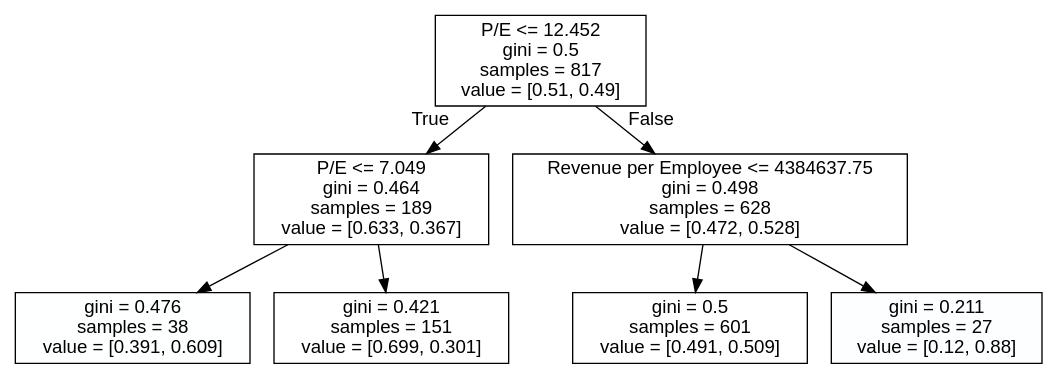
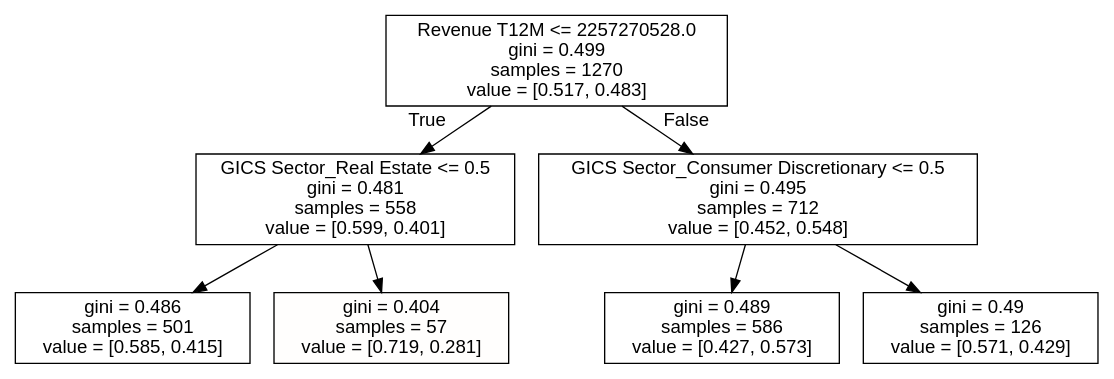
The diagram in trees/current_test_tree.dot (luca1308/Investigating_periods_of_increasing_interest_rates_for_the_S-P_1500), drawn with Graphviz before and after one commit. The commit also changed 163 other files, not shown here.

```diff
--- a/trees/current_test_tree.dot
+++ b/trees/current_test_tree.dot
@@ -1,17 +1,17 @@
 digraph Tree {
 node [shape=box, style="filled", color="black", fontname="helvetica"] ;
 edge [fontname="helvetica"] ;
-0 [label="P/E <= 12.452\ngini = 0.5\nsamples = 817\nvalue = [0.51, 0.49]", fillcolor="#ffffff"] ;
-1 [label="P/E <= 7.049\ngini = 0.464\nsamples = 189\nvalue = [0.633, 0.367]", fillcolor="#ffffff"] ;
+0 [label="Revenue T12M <= 2257270528.0\ngini = 0.499\nsamples = 1270\nvalue = [0.517, 0.483]", fillcolor="#ffffff"] ;
+1 [label="GICS Sector_Real Estate <= 0.5\ngini = 0.481\nsamples = 558\nvalue = [0.599, 0.401]", fillcolor="#ffffff"] ;
 0 -> 1 [labeldistance=2.5, labelangle=45, headlabel="True"] ;
-5 [label="gini = 0.476\nsamples = 38\nvalue = [0.391, 0.609]", fillcolor="#feffff"] ;
+5 [label="gini = 0.486\nsamples = 501\nvalue = [0.585, 0.415]", fillcolor="#ffffff"] ;
 1 -> 5 ;
-6 [label="gini = 0.421\nsamples = 151\nvalue = [0.699, 0.301]", fillcolor="#ffffff"] ;
+6 [label="gini = 0.404\nsamples = 57\nvalue = [0.719, 0.281]", fillcolor="#fffefd"] ;
 1 -> 6 ;
-2 [label="Revenue per Employee <= 4384637.75\ngini = 0.498\nsamples = 628\nvalue = [0.472, 0.528]", fillcolor="#ffffff"] ;
+2 [label="GICS Sector_Consumer Discretionary <= 0.5\ngini = 0.495\nsamples = 712\nvalue = [0.452, 0.548]", fillcolor="#ffffff"] ;
 0 -> 2 [labeldistance=2.5, labelangle=-45, headlabel="False"] ;
-3 [label="gini = 0.5\nsamples = 601\nvalue = [0.491, 0.509]", fillcolor="#ffffff"] ;
+3 [label="gini = 0.489\nsamples = 586\nvalue = [0.427, 0.573]", fillcolor="#ffffff"] ;
 2 -> 3 ;
-4 [label="gini = 0.211\nsamples = 27\nvalue = [0.12, 0.88]", fillcolor="#fcfeff"] ;
+4 [label="gini = 0.49\nsamples = 126\nvalue = [0.571, 0.429]", fillcolor="#ffffff"] ;
 2 -> 4 ;
 }
```
